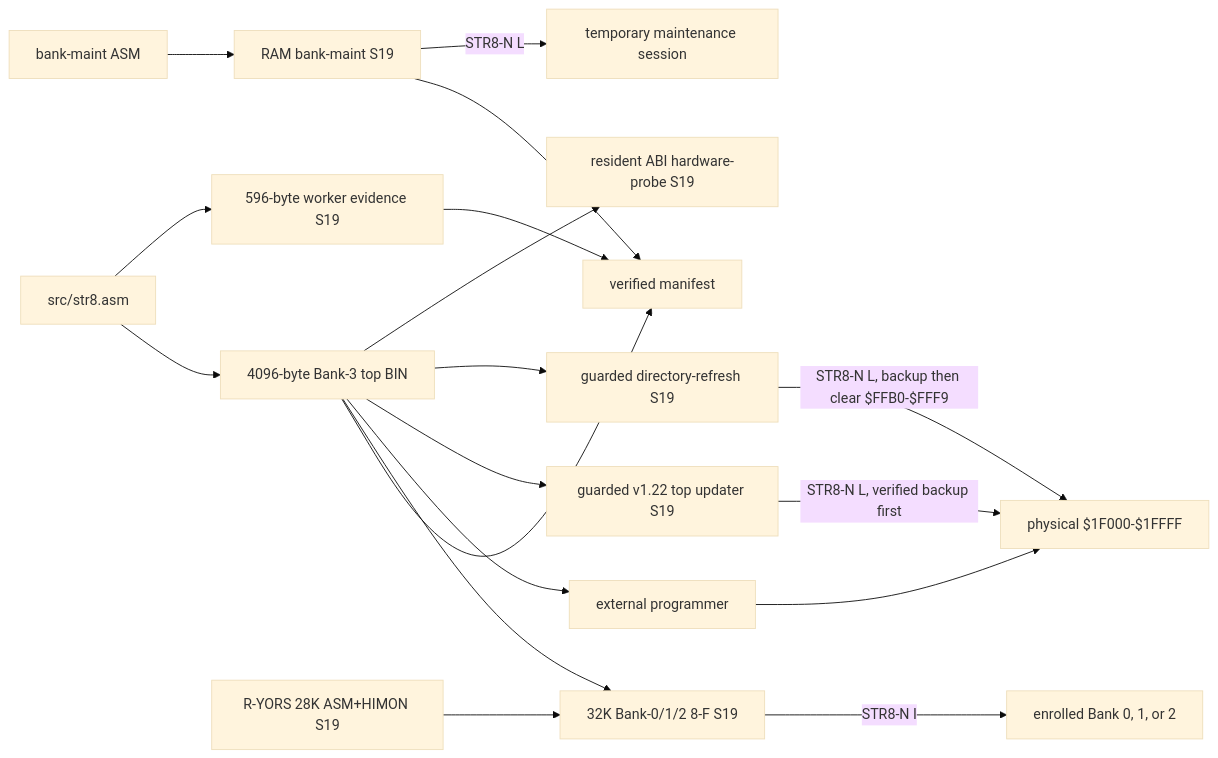
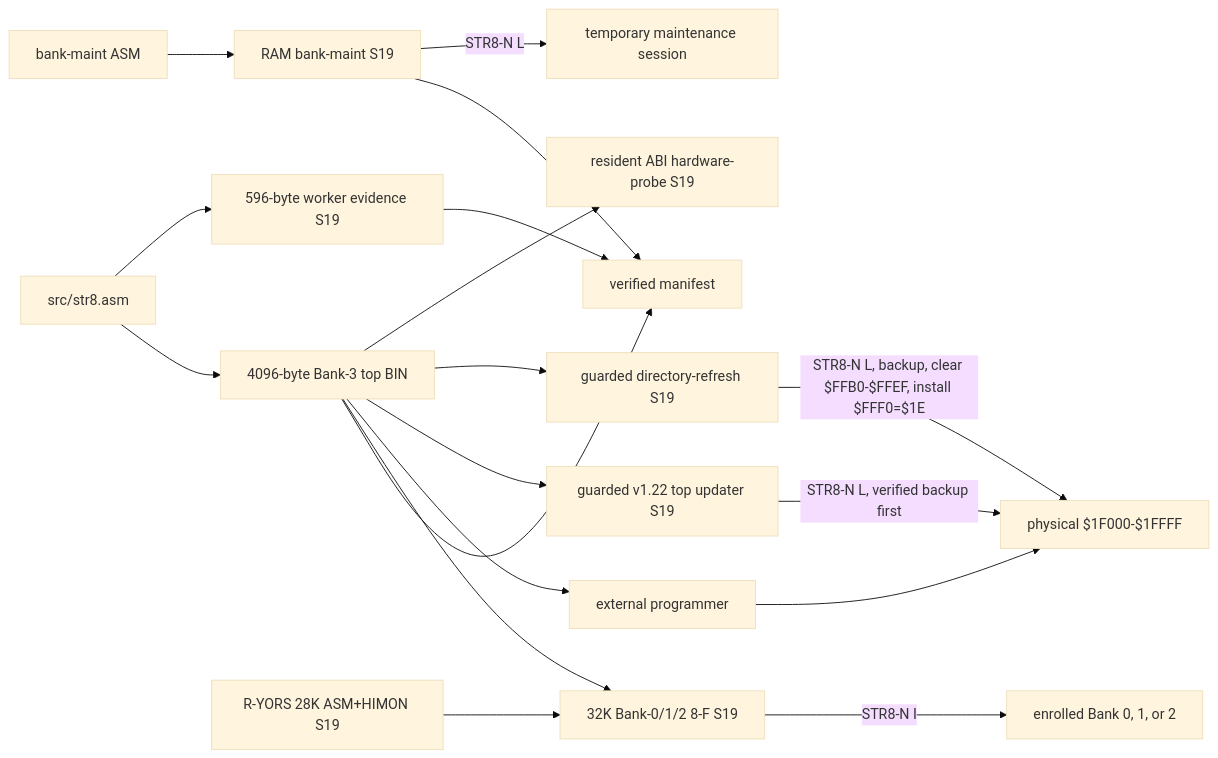
One commit to 95westus/STR8-N changed the second of 12 diagrams in docs/MAPS.md. Above: the diagram before and after it, drawn with Mermaid (base theme). The commit also changed other lines of this file and 17 other files, not shown here.

````diff
--- a/docs/MAPS.md
+++ b/docs/MAPS.md
@@ -38,20 +38,20 @@
 ```mermaid
 flowchart LR
     SRC[src/str8.asm] --> TOP[4096-byte Bank-3 top BIN]
     SRC --> WORKER[596-byte worker evidence S19]
     BM_SRC[bank-maint ASM] --> BM[RAM bank-maint S19]
     TOP --> MANIFEST[verified manifest]
     WORKER --> MANIFEST
     BM --> MANIFEST
     RY[R-YORS 28K ASM+HIMON S19] --> FULL[32K Bank-0/1/2 8-F S19]
     TOP --> FULL
     TOP --> PROGRAMMER[external programmer]
     PROGRAMMER --> B3F[physical $1F000-$1FFFF]
     TOP --> UPDATE[guarded v1.22 top updater S19]
     UPDATE -->|STR8-N L, verified backup first| B3F
     TOP --> REFRESH[guarded directory-refresh S19]
-    REFRESH -->|STR8-N L, backup then clear $FFB0-$FFF9| B3F
+    REFRESH -->|STR8-N L, backup, clear $FFB0-$FFEF, install $FFF0=$1E| B3F
     TOP --> ABI_TEST[resident ABI hardware-probe S19]
     BM -->|STR8-N L| RAM_TOOL[temporary maintenance session]
     FULL -->|STR8-N I| GUEST[enrolled Bank 0, 1, or 2]
 ```
````
